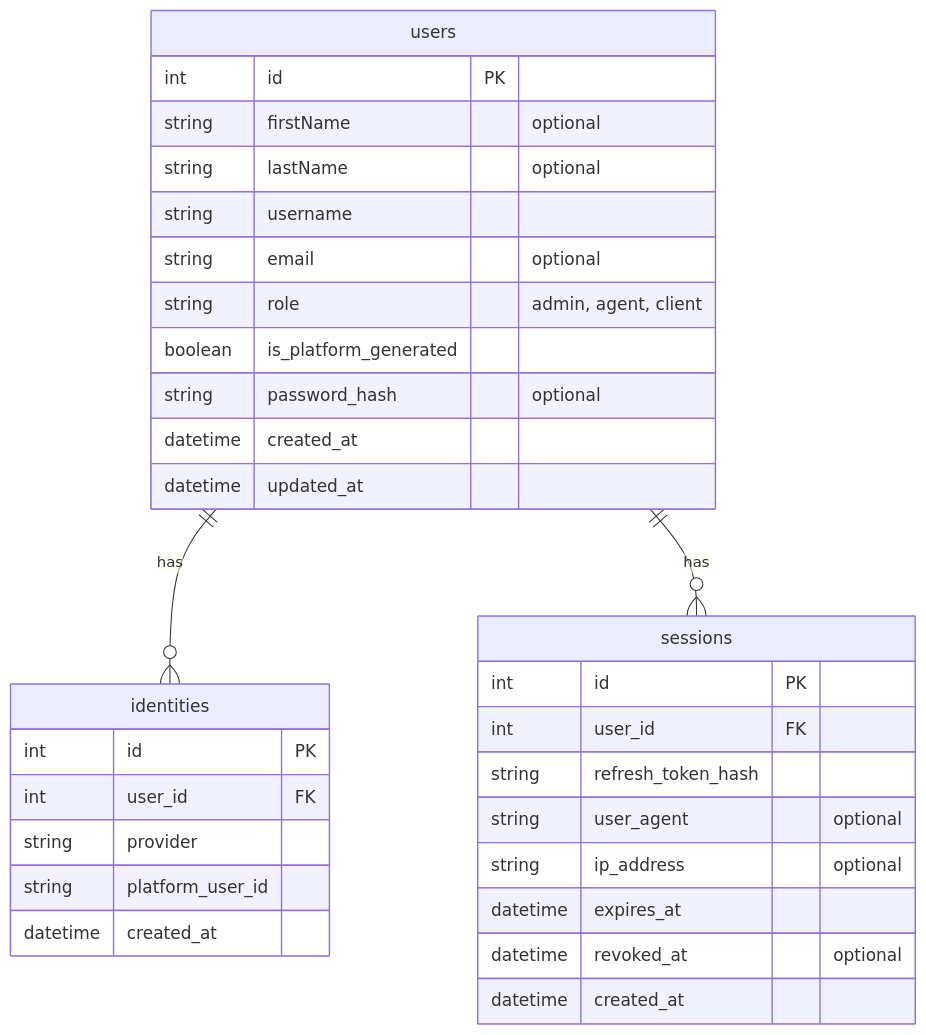
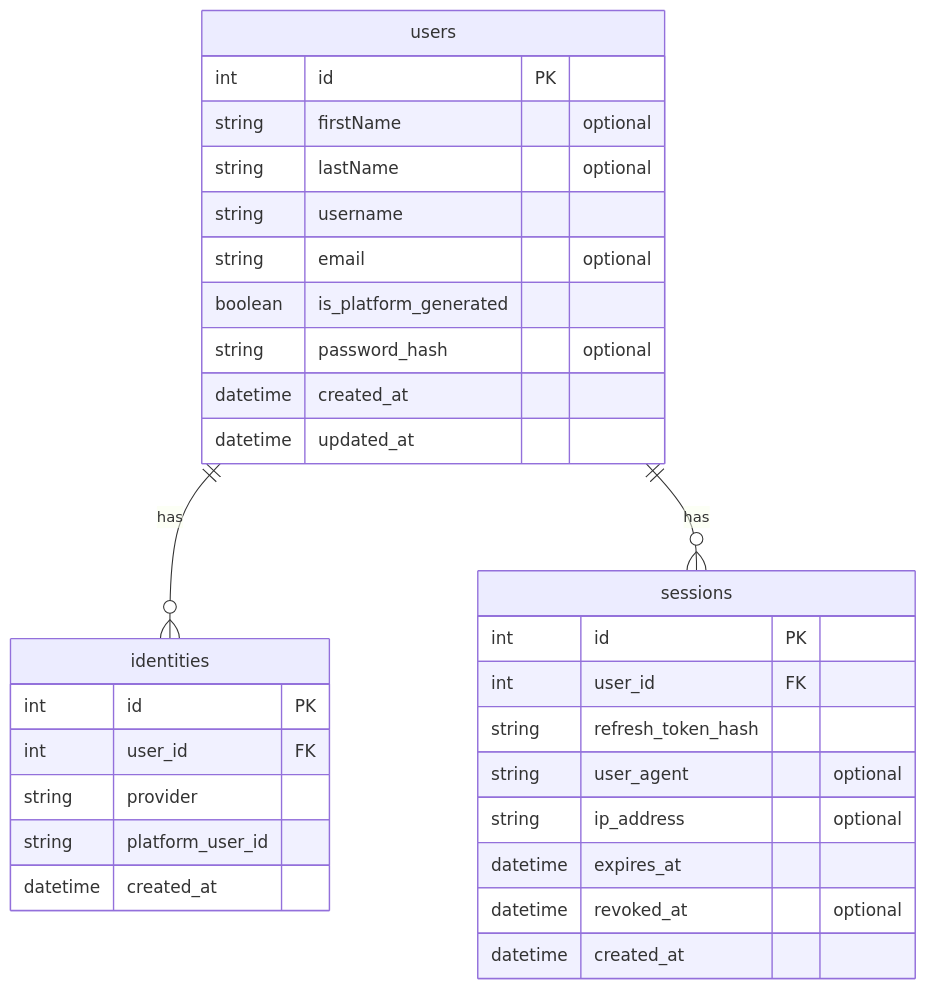
One commit to MilSoltani/ticketbasics changed the second of 2 diagrams in docs/database.md. Above: the diagram before and after it, drawn with Mermaid. The commit also changed 11 other files, not shown here.

````diff
--- a/docs/database.md
+++ b/docs/database.md
@@ -27,37 +27,36 @@
 ```mermaid
 erDiagram
     users {
         int id PK
         string firstName "optional"
         string lastName "optional"
         string username
         string email "optional"
-        string role "admin, agent, client"
         boolean is_platform_generated
         string password_hash "optional"
         datetime created_at
         datetime updated_at
     }
 
     identities {
         int id PK
         int user_id FK
         string provider
         string platform_user_id
         datetime created_at
     }
 
     sessions {
         int id PK
         int user_id FK
         string refresh_token_hash
         string user_agent "optional"
         string ip_address "optional"
         datetime expires_at
         datetime revoked_at "optional"
         datetime created_at
     }
 
     users ||--o{ identities : has
     users ||--o{ sessions : has
 ```
````
